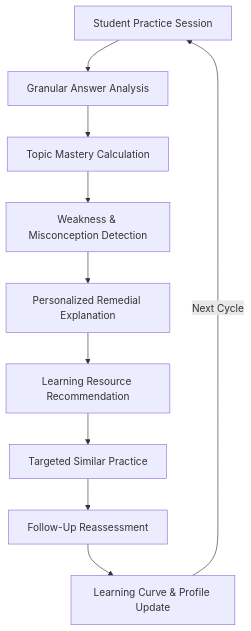
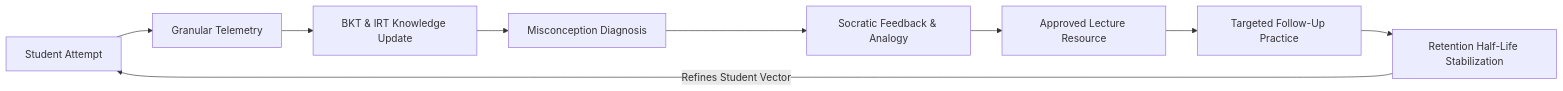
The second of 3 diagrams in README.md (Jigar-CS/CS26029-AdaptIQ), drawn with Mermaid before and after one commit. The commit also changed other lines of this file and 29 other files, not shown here.

````diff
--- a/README.md
+++ b/README.md
@@ -87,12 +121,11 @@
 ```mermaid
-flowchart TD
-    A[Student Practice Session] --> B[Granular Answer Analysis]
-    B --> C[Topic Mastery Calculation]
-    C --> D[Weakness & Misconception Detection]
-    D --> E[Personalized Remedial Explanation]
-    E --> F[Learning Resource Recommendation]
-    F --> G[Targeted Similar Practice]
-    G --> H[Follow-Up Reassessment]
-    H --> I[Learning Curve & Profile Update]
-    I -->|Next Cycle| A
+flowchart LR
+    A["Student Attempt"] --> B["Granular Telemetry"]
+    B --> C["BKT & IRT Knowledge Update"]
+    C --> D["Misconception Diagnosis"]
+    D --> E["Socratic Feedback & Analogy"]
+    E --> F["Approved Lecture Resource"]
+    F --> G["Targeted Follow-Up Practice"]
+    G --> H["Retention Half-Life Stabilization"]
+    H -->|Refines Student Vector| A
 ```
````
